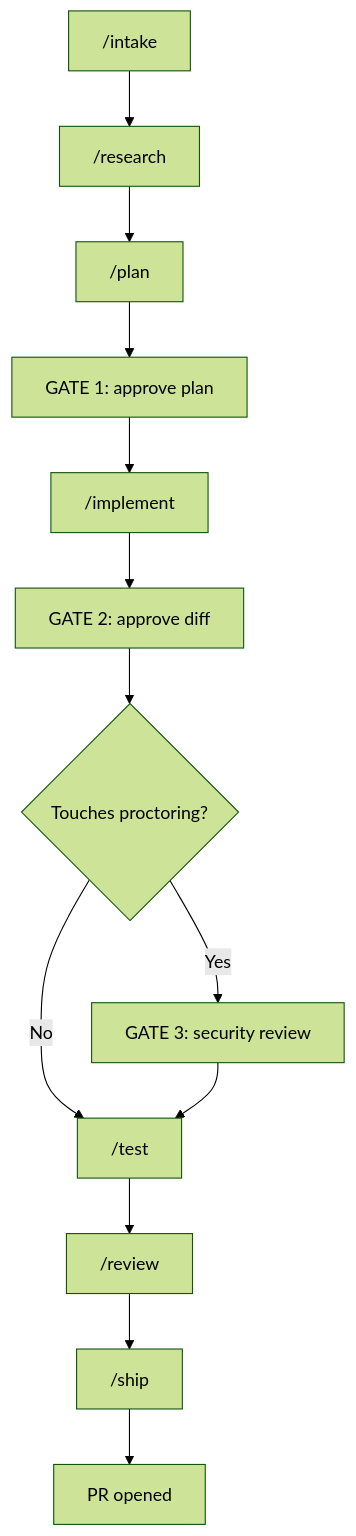
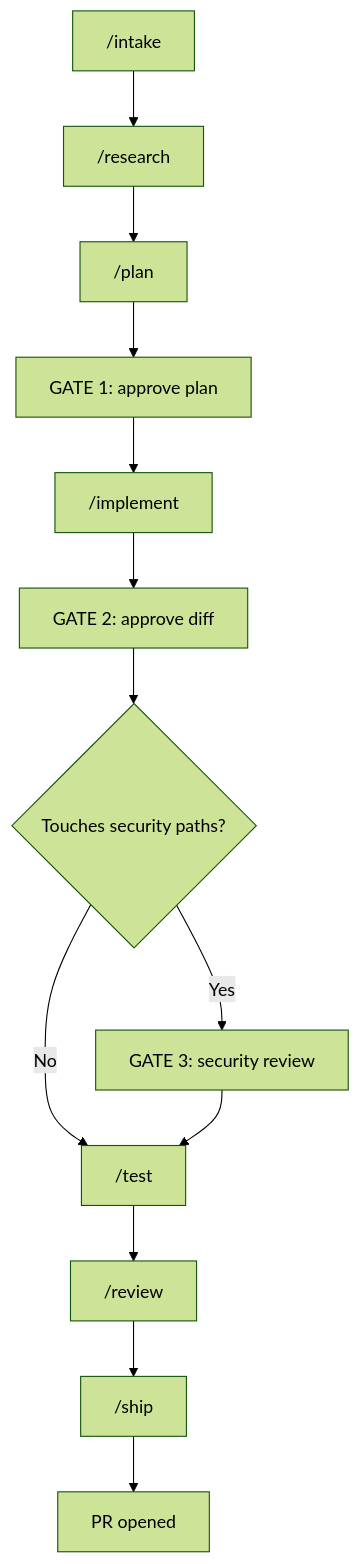
The diagram in workflows/HOWTO-AI-WORKFLOW.md (hardikd-zignuts/ai-dev-toolkit), drawn with Mermaid (forest theme) before and after one commit. The commit also changed other lines of this file and 25 other files, not shown here.

````diff
--- a/workflows/HOWTO-AI-WORKFLOW.md
+++ b/workflows/HOWTO-AI-WORKFLOW.md
@@ -38,15 +63,15 @@
 ```mermaid
 flowchart TD
   intake["/intake"] --> research["/research"]
   research --> plan["/plan"]
   plan --> gate1["GATE 1: approve plan"]
   gate1 --> implement["/implement"]
   implement --> gate2["GATE 2: approve diff"]
-  gate2 --> check{Touches proctoring?}
+  gate2 --> check{Touches security paths?}
   check -->|Yes| gate3["GATE 3: security review"]
   check -->|No| test["/test"]
   gate3 --> test
   test --> review["/review"]
   review --> ship["/ship"]
   ship --> pr["PR opened"]
 ```
````
